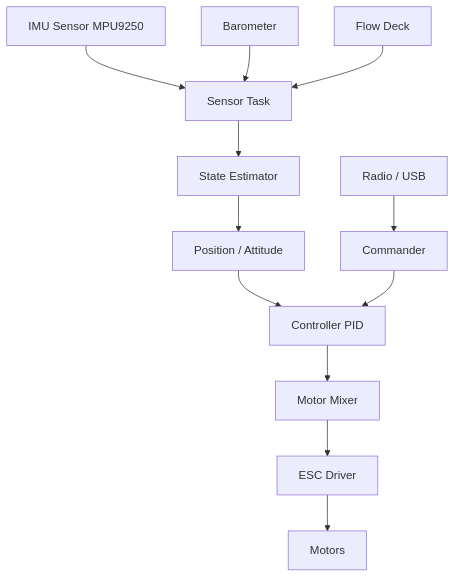
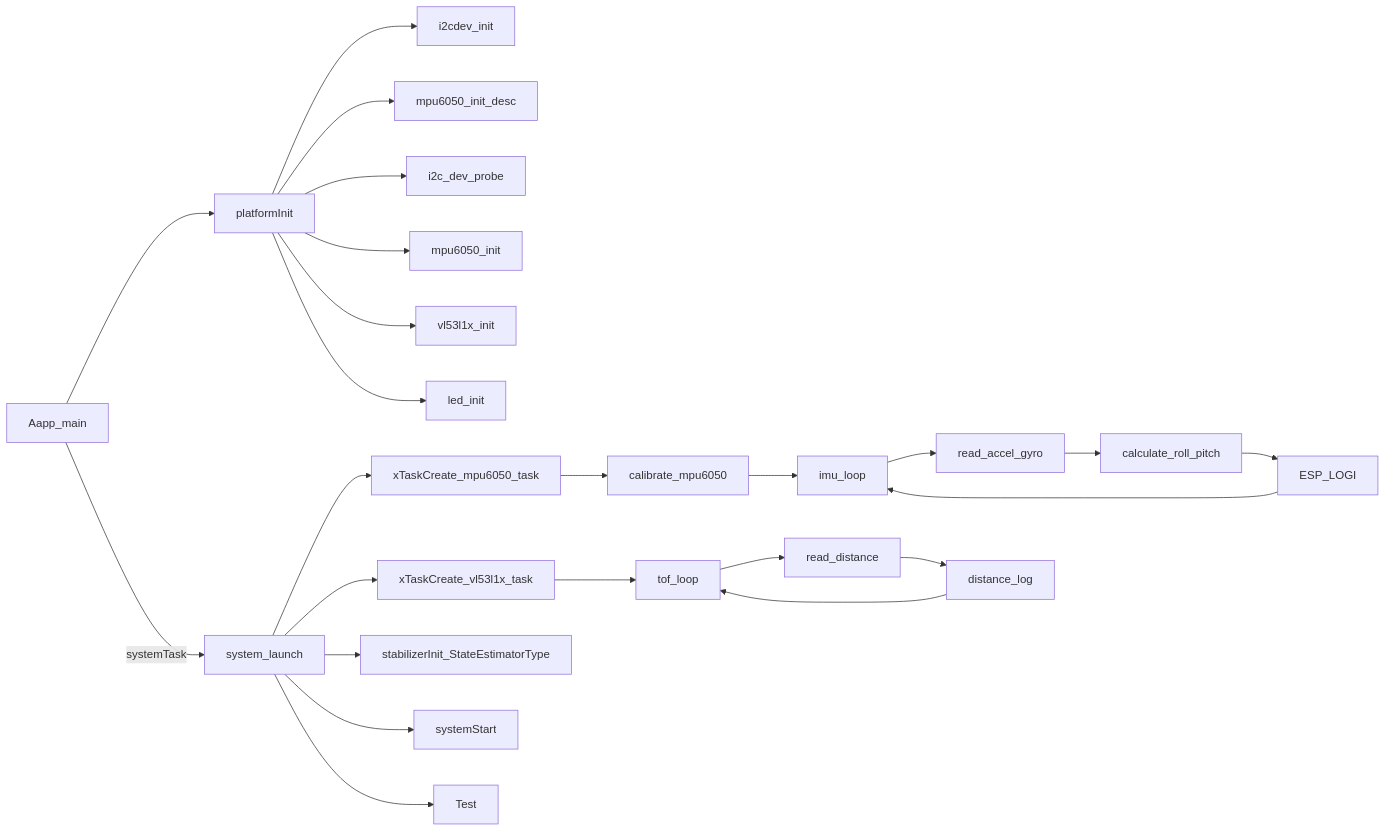
One commit to mavanhung78/ESP32_IDF_MINBOT_DRONE changed the third of 3 diagrams in README.md. Above: the diagram before and after it, drawn with Mermaid.

Commit message:
Update system architecture diagram in README

````diff
--- a/README.md
+++ b/README.md
@@ -72,20 +72,33 @@
 ```mermaid
-flowchart TD
+flowchart LR
 
-A[IMU Sensor MPU9250] --> B[Sensor Task]
-C[Barometer] --> B
-D[Flow Deck] --> B
 
-B --> E[State Estimator]
-E --> F[Position / Attitude]
+A[Aapp_main] --> C[platformInit]
+C --> C1[i2cdev_init]
+C --> C2[mpu6050_init_desc]
+C --> C3[i2c_dev_probe]
+C --> C4[mpu6050_init]
+C --> C5[vl53l1x_init]
+C -->  B[led_init]
 
-F --> G[Controller PID]
+A --> |systemTask| D[system_launch]
 
-G --> H[Motor Mixer]
+D --> E[xTaskCreate_mpu6050_task]
+D --> K[xTaskCreate_vl53l1x_task]
 
-H --> I[ESC Driver]
-I --> J[Motors]
+D --> 3[stabilizerInit_StateEstimatorType]
+D --> 1[systemStart]
+D --> 2[Test]
+E --> F[calibrate_mpu6050]
+F --> G[imu_loop]
+G --> H[read_accel_gyro]
+H --> I[calculate_roll_pitch]
+I --> J[ESP_LOGI]
+J --> G
 
-K[Radio / USB] --> L[Commander]
-L --> G
+K --> L[tof_loop]
+L --> M[read_distance]
+M --> N[distance_log]
+N --> L
+
 ```
````
